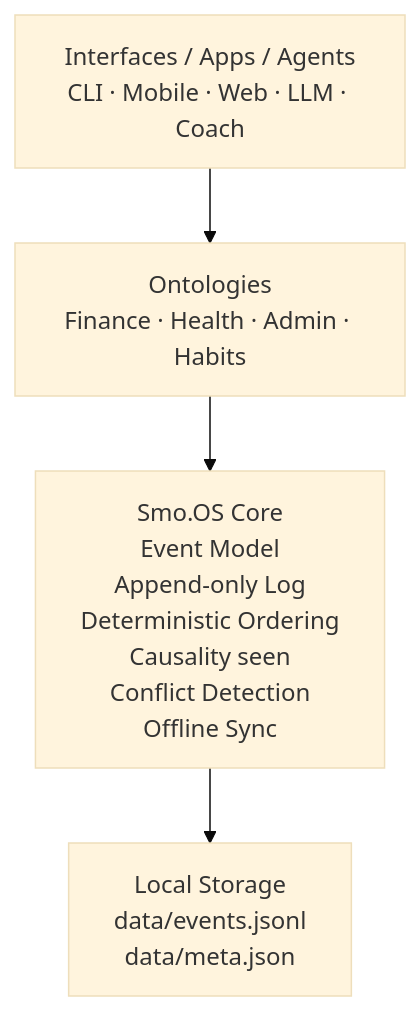
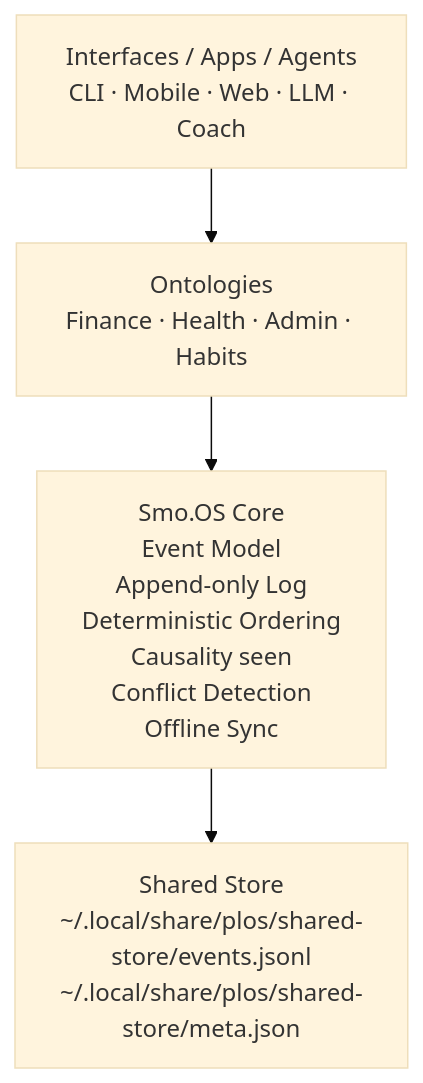
One commit to colombmax-cmd/Smo.OS changed the first of 2 diagrams in README.md. Above: the diagram before and after it, drawn with Mermaid (base theme). The commit also changed other lines of this file and 20 other files, not shown here.

Commit message:
Move PLOS persistence to a shared store

````diff
--- a/README.md
+++ b/README.md
@@ -34,12 +34,12 @@
 ```mermaid
 flowchart TB
 
   I[Interfaces / Apps / Agents<br/>CLI · Mobile · Web · LLM · Coach]
   O[Ontologies<br/>Finance · Health · Admin · Habits]
   C[Smo.OS Core<br/>Event Model<br/>Append-only Log<br/>Deterministic Ordering<br/>Causality seen<br/>Conflict Detection<br/>Offline Sync]
-  S[Local Storage<br/>data/events.jsonl<br/>data/meta.json]
+  S[Shared Store<br/>~/.local/share/plos/shared-store/events.jsonl<br/>~/.local/share/plos/shared-store/meta.json]
 
   I --> O
   O --> C
   C --> S
 ```
````
